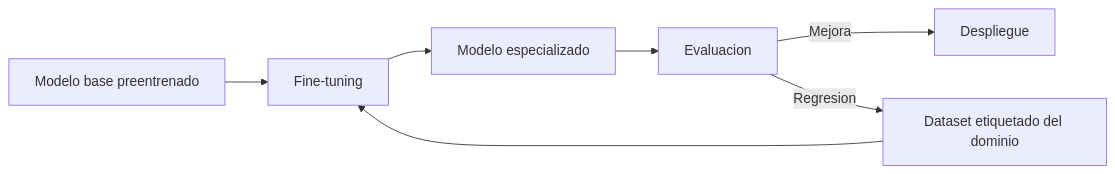
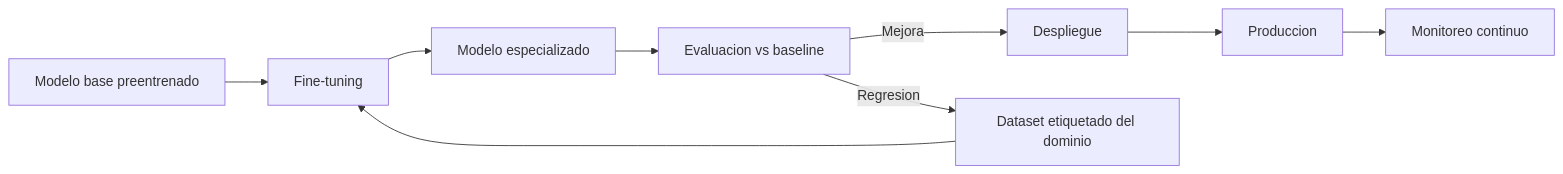
The diagram in Conceptos/07-fine-tuning.md (jjrosalesuci/ia), drawn with Mermaid before and after one commit. The commit also changed other lines of this file and 7 other files, not shown here.

````diff
--- a/Conceptos/07-fine-tuning.md
+++ b/Conceptos/07-fine-tuning.md
@@ -37,9 +136,11 @@
 ```mermaid
 flowchart LR
     BASE[Modelo base preentrenado] --> FT[Fine-tuning]
     DATA[Dataset etiquetado del dominio] --> FT
     FT --> SPEC[Modelo especializado]
-    SPEC --> EVAL[Evaluacion]
+    SPEC --> EVAL[Evaluacion vs baseline]
     EVAL -- Mejora --> DEPLOY[Despliegue]
     EVAL -- Regresion --> DATA
+    DEPLOY --> PROD[Produccion]
+    PROD --> MON[Monitoreo continuo]
 ```
````
